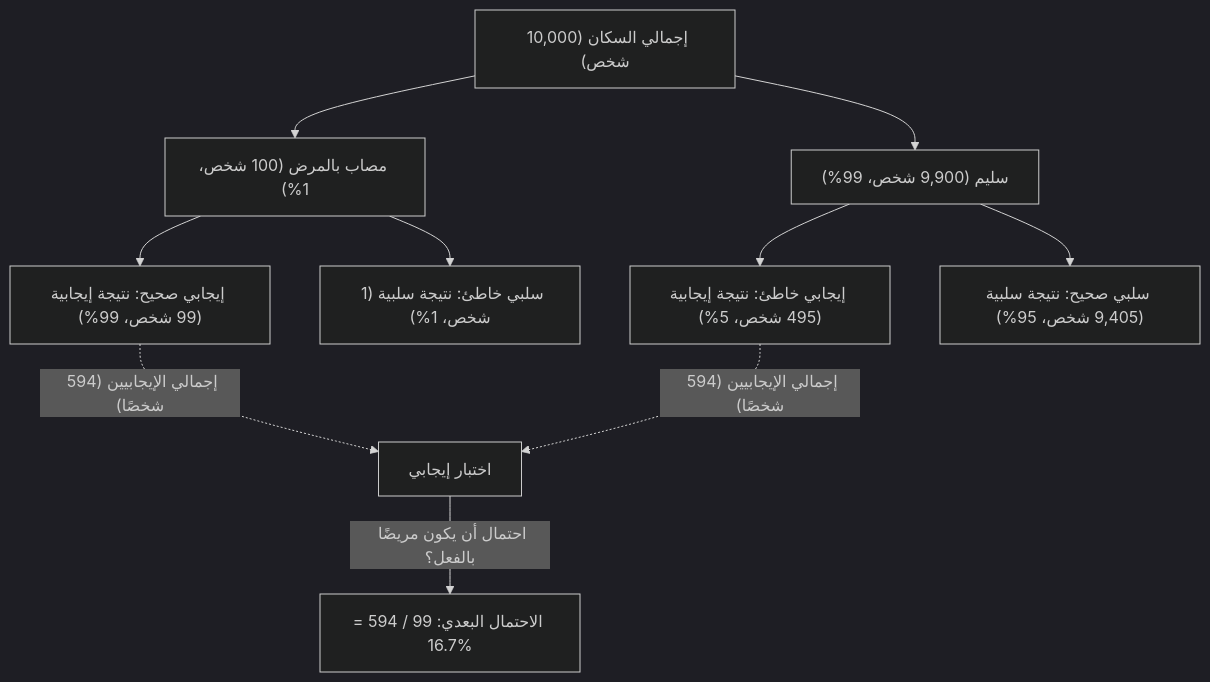
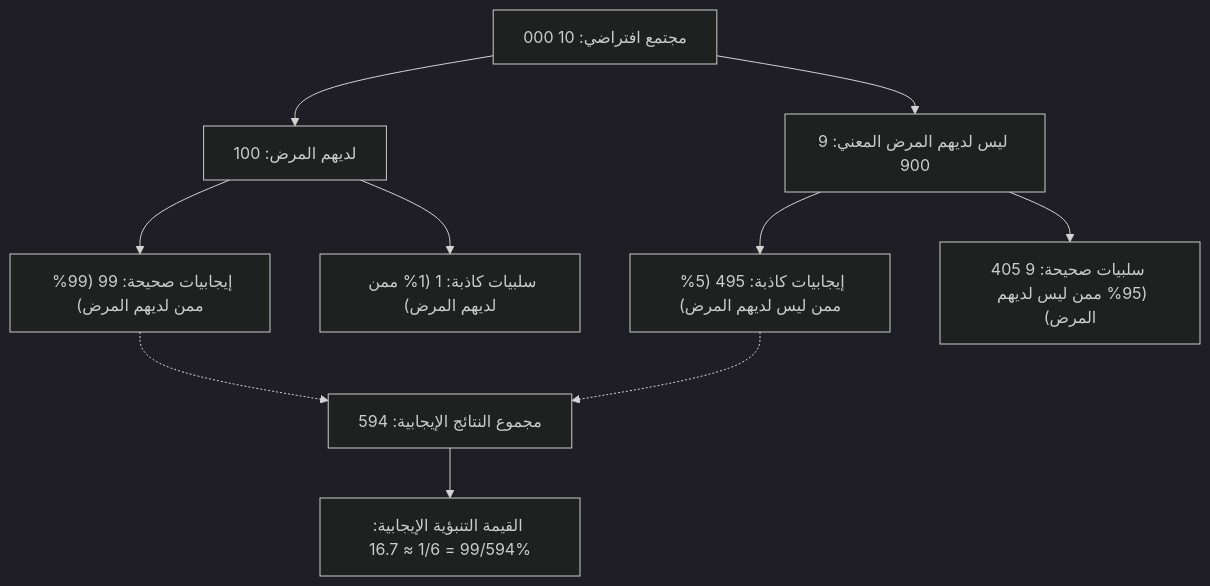
Before and after one commit to kenjinote/blog: the first of 2 diagrams in content/post/bayes-theorem/index.ar.md, drawn with Mermaid (dark theme). The commit also changed other lines of this file and 11 other files, not shown here.

````diff
--- a/content/post/bayes-theorem/index.ar.md
+++ b/content/post/bayes-theorem/index.ar.md
@@ -83,16 +114,12 @@
 ```mermaid
 flowchart TD
-    Population["إجمالي السكان (10,000 شخص)"] --> Disease["مصاب بالمرض (100 شخص، 1%)"]
-    Population --> Healthy["سليم (9,900 شخص، 99%)"]
-    
-    Disease --> TruePositive["إيجابي صحيح: نتيجة إيجابية (99 شخص، 99%)"]
-    Disease --> FalseNegative["سلبي خاطئ: نتيجة سلبية (1 شخص، 1%)"]
-    
-    Healthy --> FalsePositive["إيجابي خاطئ: نتيجة إيجابية (495 شخص، 5%)"]
-    Healthy --> TrueNegative["سلبي صحيح: نتيجة سلبية (9,405 شخص، 95%)"]
-
-    TruePositive -.->|"إجمالي الإيجابيين (594 شخصًا)"| AllPositives["اختبار إيجابي"]
-    FalsePositive -.->|"إجمالي الإيجابيين (594 شخصًا)"| AllPositives
-    
-    AllPositives -->|"احتمال أن يكون مريضًا بالفعل؟"| Posterior["الاحتمال البعدي: 99 / 594 = 16.7%"]
+    Population["مجتمع افتراضي: 10 000"] --> Disease["لديهم المرض: 100"]
+    Population --> NoDisease["ليس لديهم المرض المعني: 9 900"]
+    Disease --> TP["إيجابيات صحيحة: 99 (99% ممن لديهم المرض)"]
+    Disease --> FN["سلبيات كاذبة: 1 (1% ممن لديهم المرض)"]
+    NoDisease --> FP["إيجابيات كاذبة: 495 (5% ممن ليس لديهم المرض)"]
+    NoDisease --> TN["سلبيات صحيحة: 9 405 (95% ممن ليس لديهم المرض)"]
+    TP -.-> AllPositive["مجموع النتائج الإيجابية: 594"]
+    FP -.-> AllPositive
+    AllPositive --> PPV["القيمة التنبؤية الإيجابية: 99/594 = 1/6 ≈ 16.7%"]
 ```
````
